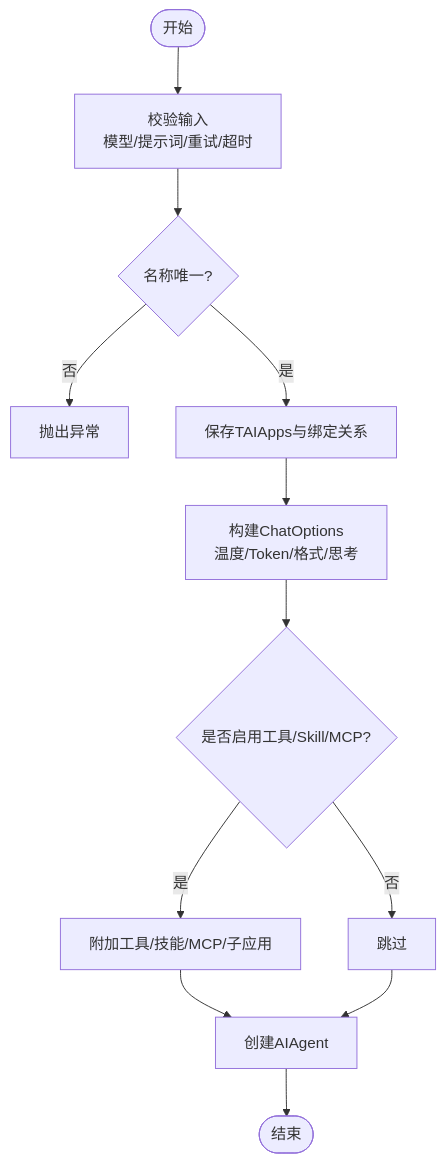
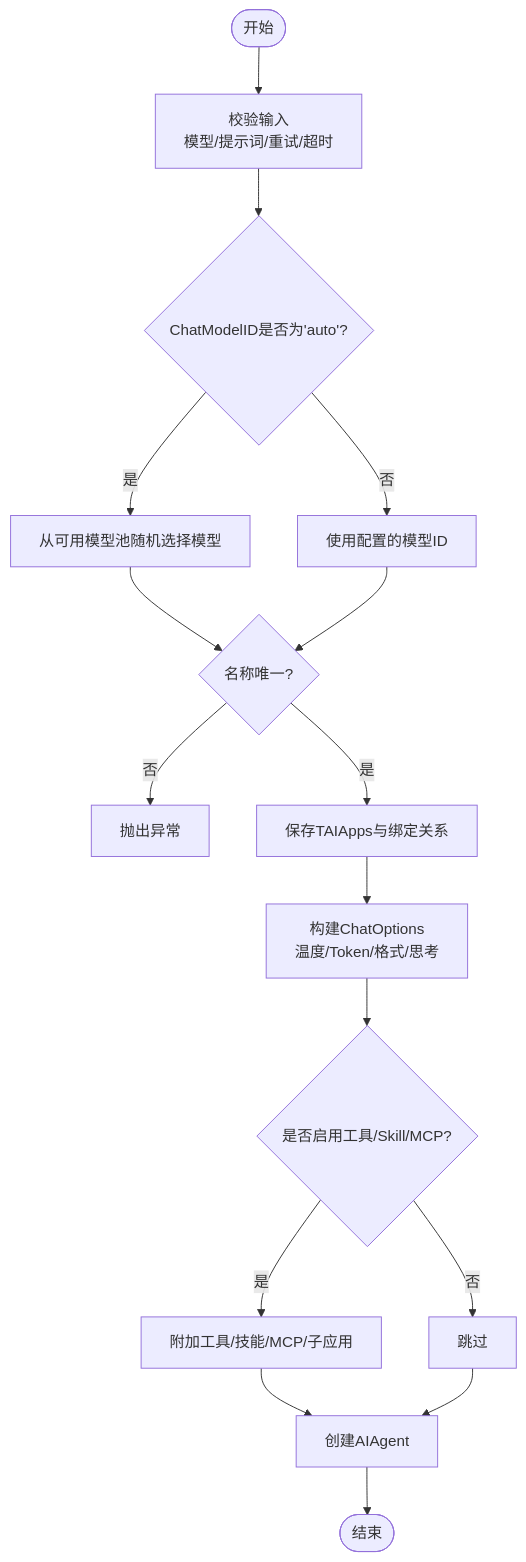
Before and after one commit to junkai-li/NetCoreKevin: the third of 4 diagrams in .qoder/repowiki/zh/content/核心模块/AI智能助手/AI应用管理.md, drawn with Mermaid. The commit also changed other lines of this file and 7 other files, not shown here.

````diff
--- a/.qoder/repowiki/zh/content/核心模块/AI智能助手/AI应用管理.md
+++ b/.qoder/repowiki/zh/content/核心模块/AI智能助手/AI应用管理.md
@@ -155,14 +170,18 @@
 ```mermaid
 flowchart TD
 Start(["开始"]) --> Validate["校验输入<br/>模型/提示词/重试/超时"]
-Validate --> Unique{"名称唯一?"}
+Validate --> AutoCheck{"ChatModelID是否为'auto'?"}
+AutoCheck --> |是| AutoSelect["从可用模型池随机选择模型"]
+AutoCheck --> |否| UseConfigured["使用配置的模型ID"]
+AutoSelect --> Unique{"名称唯一?"}
+UseConfigured --> Unique
 Unique --> |否| Error["抛出异常"]
 Unique --> |是| Save["保存TAIApps与绑定关系"]
 Save --> BuildOpts["构建ChatOptions<br/>温度/Token/格式/思考"]
 BuildOpts --> Tools{"是否启用工具/Skill/MCP?"}
 Tools --> |是| Attach["附加工具/技能/MCP/子应用"]
 Tools --> |否| SkipAttach["跳过"]
 Attach --> Agent["创建AIAgent"]
 SkipAttach --> Agent
 Agent --> End(["结束"])
 ```
````
